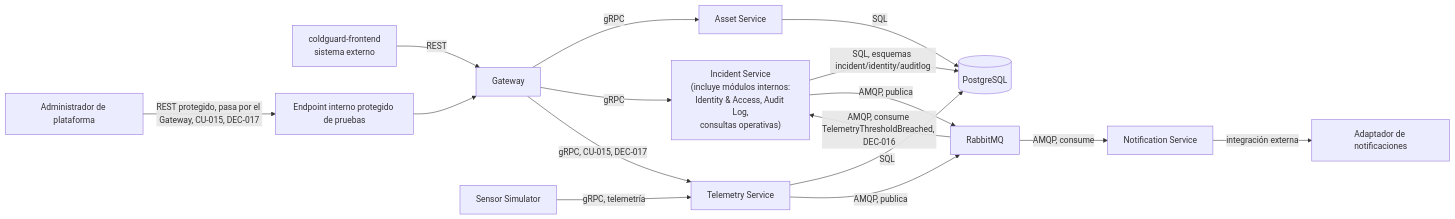
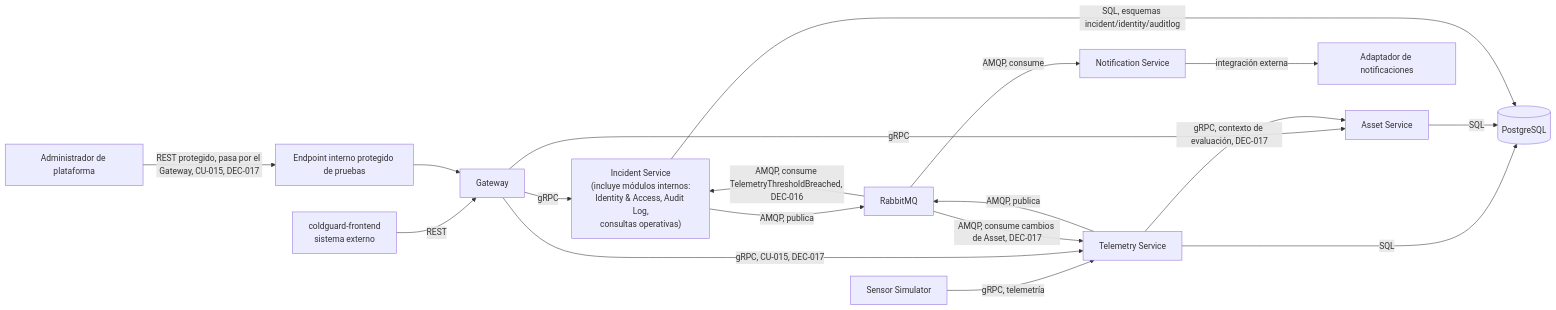
Before and after one commit to marcomiler/coldguard-platform: the diagram in docs/architecture/container-diagram.md, drawn with Mermaid. The commit also changed other lines of this file and 38 other files, not shown here.

````diff
--- a/docs/architecture/container-diagram.md
+++ b/docs/architecture/container-diagram.md
@@ -8,18 +8,20 @@
 ```mermaid
 flowchart LR
   FE[coldguard-frontend<br/>sistema externo] -->|REST| GW[Gateway]
   GW -->|gRPC| AS[Asset Service]
   GW -->|gRPC| IS["Incident Service<br/>(incluye módulos internos:<br/>Identity & Access, Audit Log,<br/>consultas operativas)"]
   Simulator[Sensor Simulator] -->|gRPC, telemetría| TS[Telemetry Service]
   Admin[Administrador de plataforma] -->|REST protegido, pasa por el Gateway, CU-015, DEC-017| TestEndpoint[Endpoint interno protegido de pruebas]
   TestEndpoint --> GW
   MQ -->|AMQP, consume TelemetryThresholdBreached, DEC-016| IS
   GW -->|gRPC, CU-015, DEC-017| TS
+  TS -->|gRPC, contexto de evaluación, DEC-017| AS
+  MQ -->|AMQP, consume cambios de Asset, DEC-017| TS
   TS -->|SQL| DB[(PostgreSQL)]
   AS -->|SQL| DB
   IS -->|SQL, esquemas incident/identity/auditlog| DB
   TS -->|AMQP, publica| MQ[RabbitMQ]
   IS -->|AMQP, publica| MQ
   MQ -->|AMQP, consume| NS[Notification Service]
   NS -->|integración externa| Mail[Adaptador de notificaciones]
 ```
````
